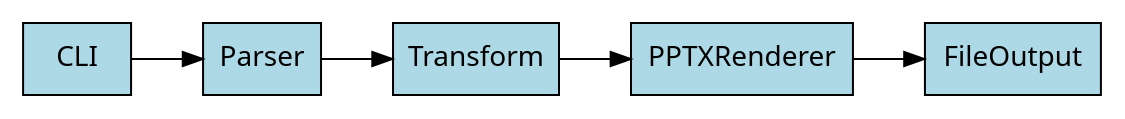
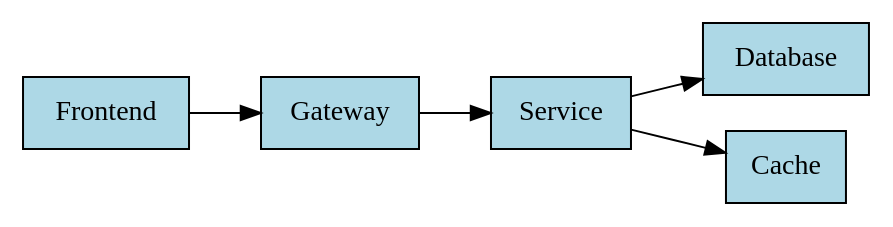
One commit to Kyvin-Guan/markdownFly changed the seventh of 9 diagrams in showcase.md. Above: the diagram before and after it, drawn with Graphviz. The commit also changed other lines of this file and 2 other files, not shown here.

````diff
--- a/showcase.md
+++ b/showcase.md
@@ -43,7 +293,9 @@
 ```dot
 digraph Architecture {
     rankdir=LR;
-    node [shape=box, style=filled, fillcolor=lightblue, fontname="Segoe UI"];
-    CLI -> Parser -> Transform -> PPTXRenderer -> FileOutput;
+    node [shape=box, style=filled, fillcolor=lightblue];
+    Frontend -> Gateway -> Service;
+    Service -> Database;
+    Service -> Cache;
 }
 ```
````
